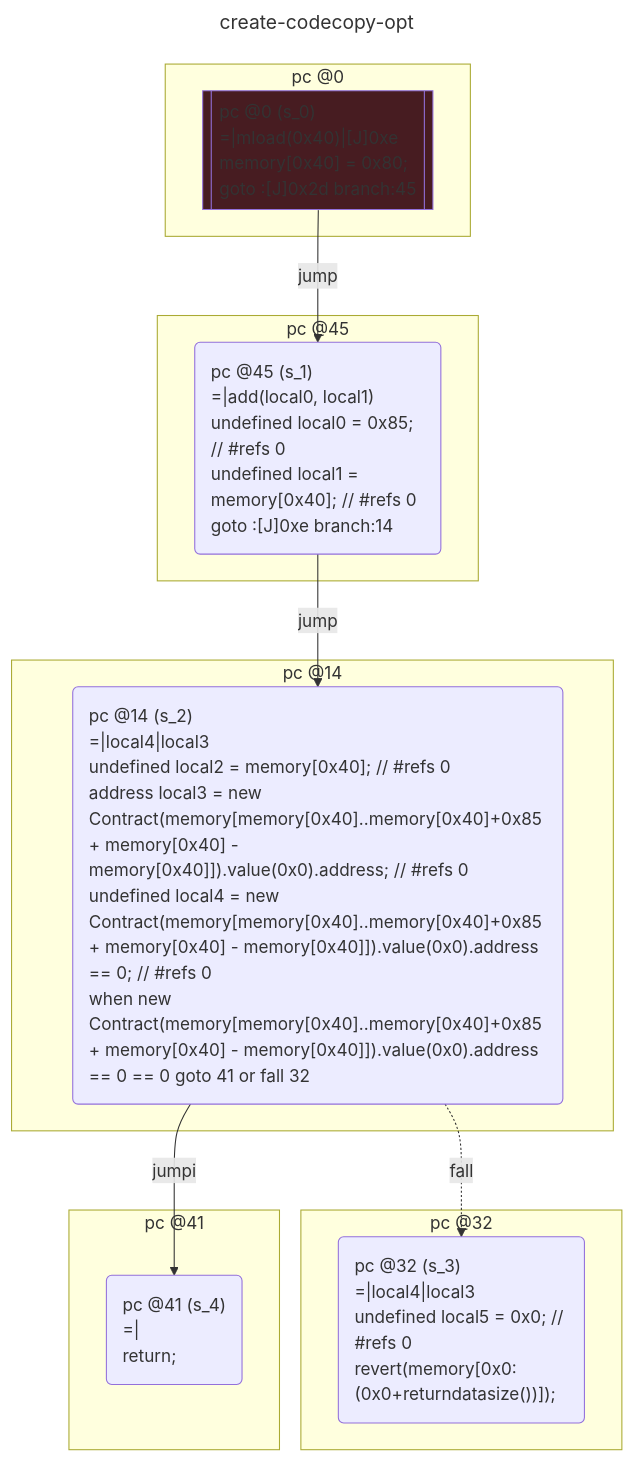
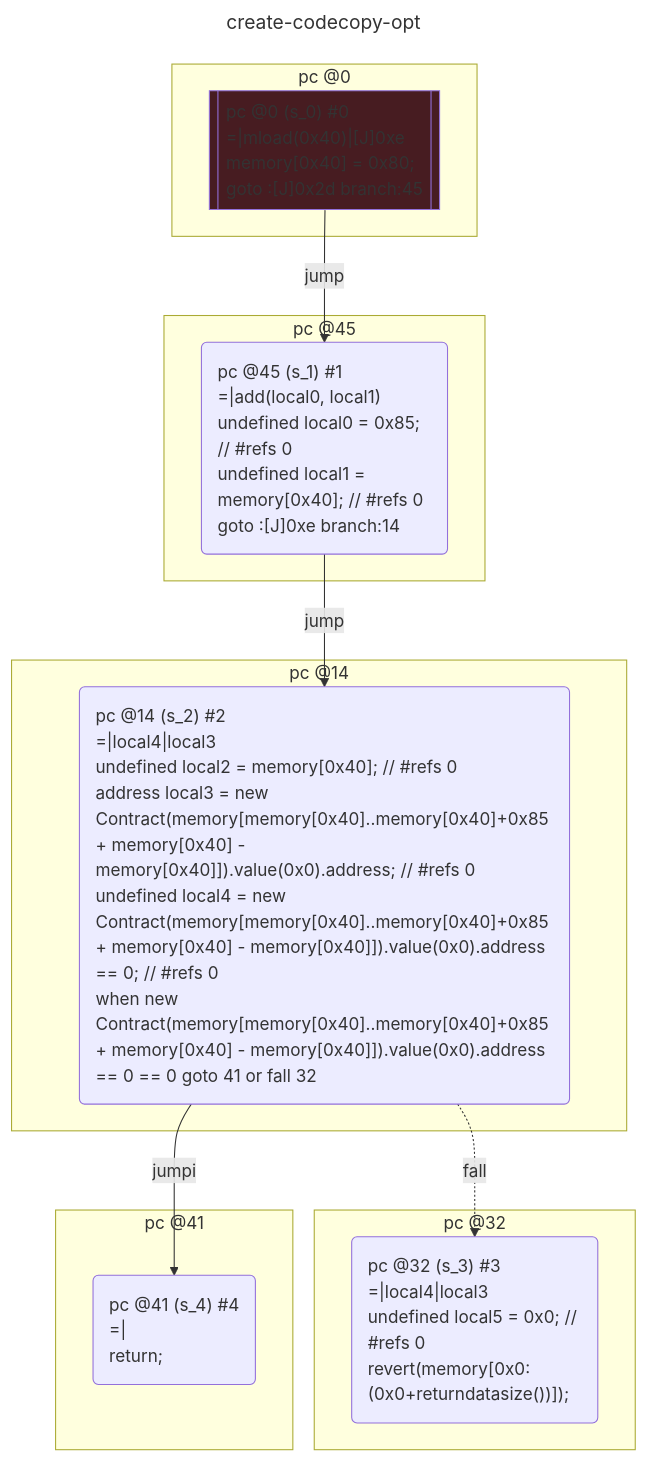
Before and after one commit to acuarica/evm: the second of 2 diagrams in test/__snapshots__/contracts/system/create-codecopy.snap.md, drawn with Mermaid. The commit also changed other lines of this file and 18 other files, not shown here.

````diff
--- a/test/__snapshots__/contracts/system/create-codecopy.snap.md
+++ b/test/__snapshots__/contracts/system/create-codecopy.snap.md
@@ -129,55 +129,55 @@
 ```mermaid -opt
 ---
 title: create-codecopy-opt
 ---
 flowchart TD
   classDef state text-align:left
   subgraph cluster_0 ["pc @0"]
-    s_0[["pc @0 (s_0)
+    s_0[["pc @0 (s_0) #0
 =|mload(0x40)|[J]0xe
 memory[0x40] = 0x80;
 goto :[J]0x2d branch:45
 "]]
     class s_0 state
     style s_0 fill:#471C21
   end
   subgraph cluster_45 ["pc @45"]
-    s_1("pc @45 (s_1)
+    s_1("pc @45 (s_1) #1
 =|add(local0, local1)
 undefined local0 = 0x85; // #refs 0
 undefined local1 = memory[0x40]; // #refs 0
 goto :[J]0xe branch:14
 ")
     class s_1 state
   end
   subgraph cluster_14 ["pc @14"]
-    s_2("pc @14 (s_2)
+    s_2("pc @14 (s_2) #2
 =|local4|local3
 undefined local2 = memory[0x40]; // #refs 0
 address local3 = new Contract(memory[memory[0x40]..memory[0x40]+0x85 + memory[0x40] - memory[0x40]]).value(0x0).address; // #refs 0
 undefined local4 = new Contract(memory[memory[0x40]..memory[0x40]+0x85 + memory[0x40] - memory[0x40]]).value(0x0).address == 0; // #refs 0
 when new Contract(memory[memory[0x40]..memory[0x40]+0x85 + memory[0x40] - memory[0x40]]).value(0x0).address == 0 == 0 goto 41 or fall 32
 ")
     class s_2 state
   end
   subgraph cluster_32 ["pc @32"]
-    s_3("pc @32 (s_3)
+    s_3("pc @32 (s_3) #3
 =|local4|local3
 undefined local5 = 0x0; // #refs 0
 revert(memory[0x0:(0x0+returndatasize())]);
 ")
     class s_3 state
   end
   subgraph cluster_41 ["pc @41"]
-    s_4("pc @41 (s_4)
+    s_4("pc @41 (s_4) #4
 =|
 return;
 ")
     class s_4 state
   end
   s_0 -- jump --> s_1;
   s_1 -- jump --> s_2;
   s_2 -- jumpi --> s_4;
   s_2 -. fall .-> s_3;
 
 ```
````
